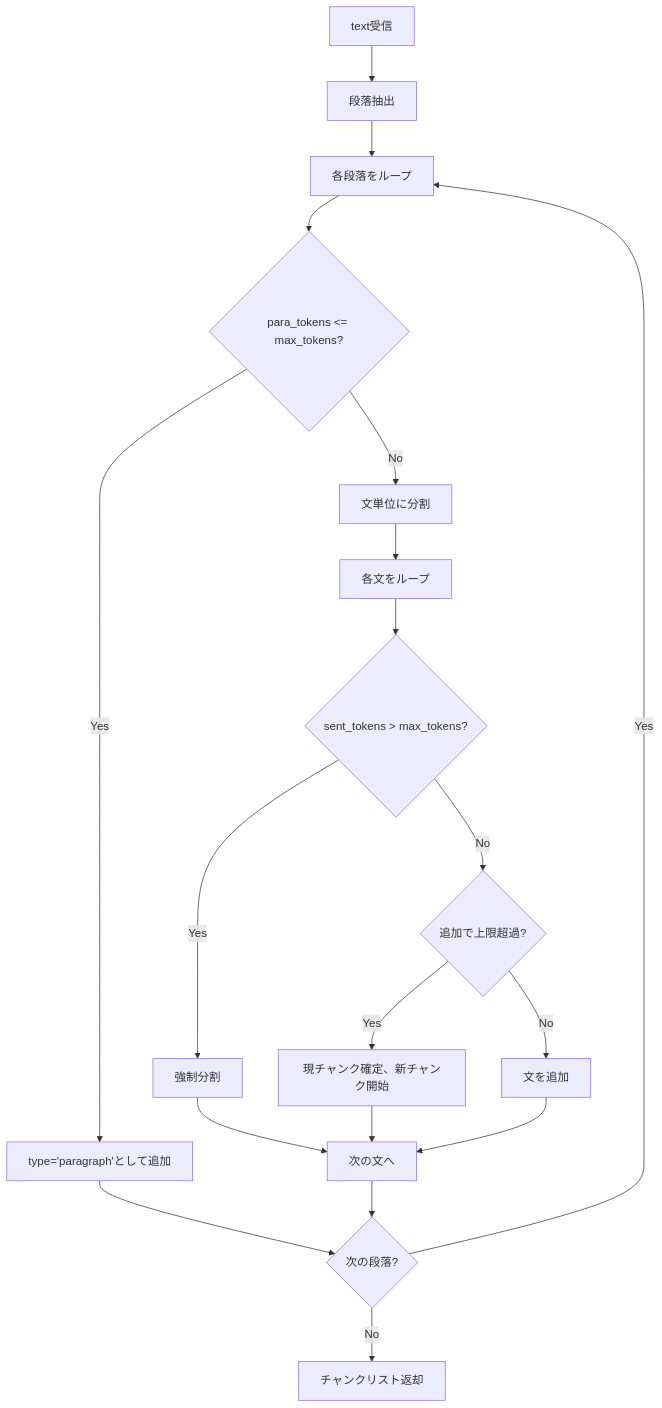
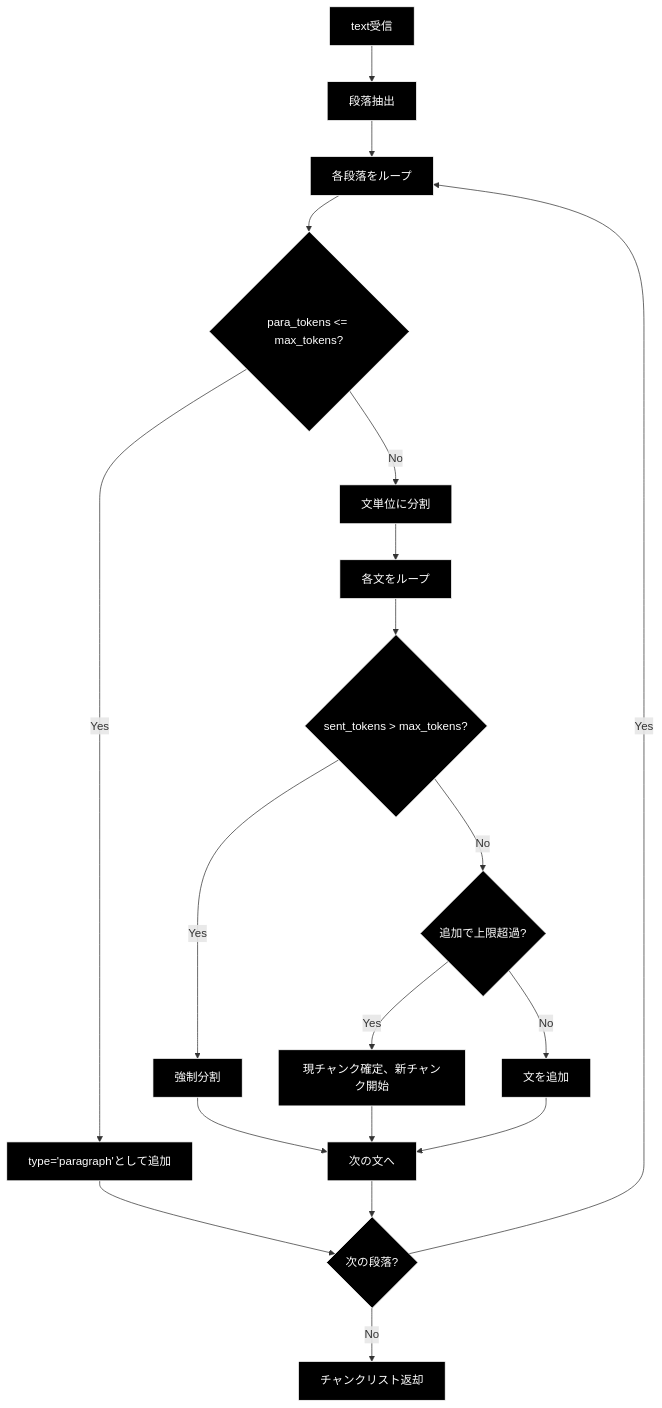
Before and after one commit to nakashima2toshio/ollama_grace_agent_v2: the fourth of 9 diagrams in qa_generation/doc/semantic.md, drawn with Mermaid. The commit also changed other lines of this file and 7 other files, not shown here.

````diff
--- a/qa_generation/doc/semantic.md
+++ b/qa_generation/doc/semantic.md
@@ -224,21 +238,24 @@
 ```mermaid
 flowchart TD
     A[text受信] --> B[段落抽出]
     B --> C[各段落をループ]
     C --> D{para_tokens <= max_tokens?}
     D -->|Yes| E["type='paragraph'として追加"]
     D -->|No| F[文単位に分割]
     F --> G[各文をループ]
     G --> H{sent_tokens > max_tokens?}
     H -->|Yes| I[強制分割]
     H -->|No| J{追加で上限超過?}
     J -->|Yes| K[現チャンク確定、新チャンク開始]
     J -->|No| L[文を追加]
     I --> M[次の文へ]
     K --> M
     L --> M
     E --> N{次の段落?}
     M --> N
     N -->|Yes| C
     N -->|No| O[チャンクリスト返却]
+classDef default fill:#000,stroke:#fff,color:#fff
+classDef subgraphStyle fill:#1a1a1a,stroke:#fff,color:#fff
+class A,B,C,D,E,F,G,H,I,J,K,L,M,N,O default
 ```
````
